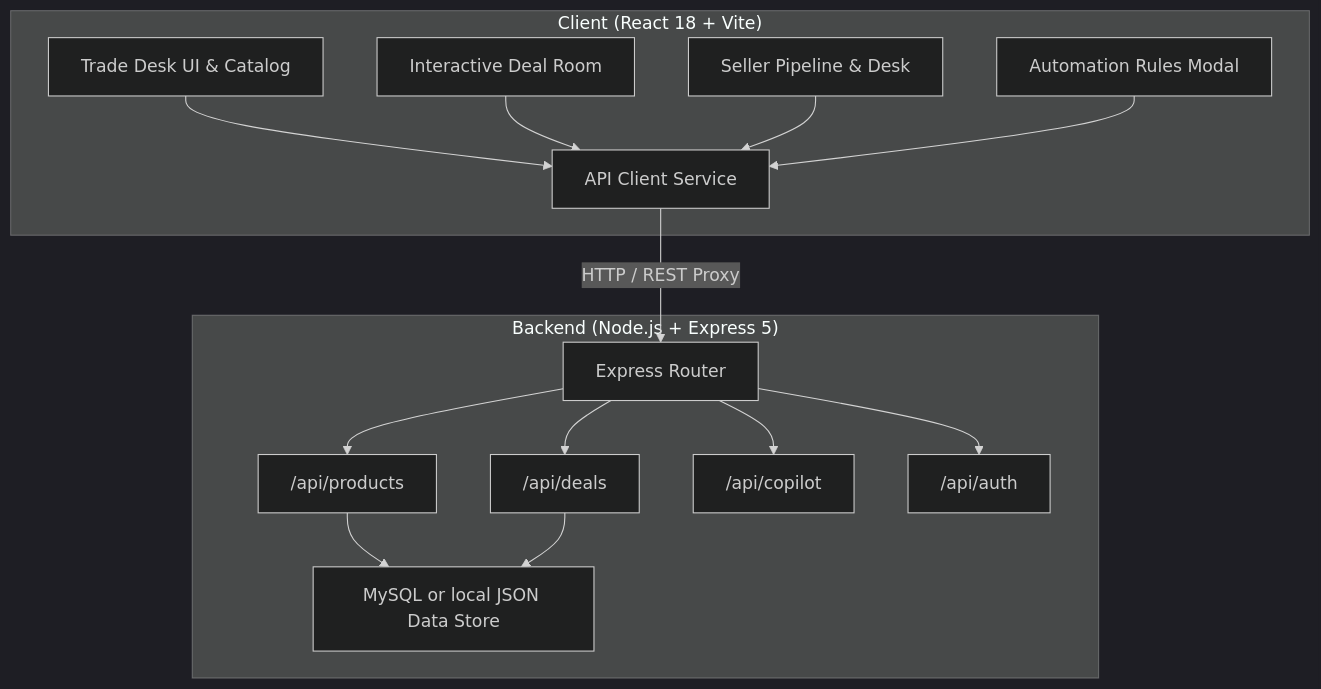
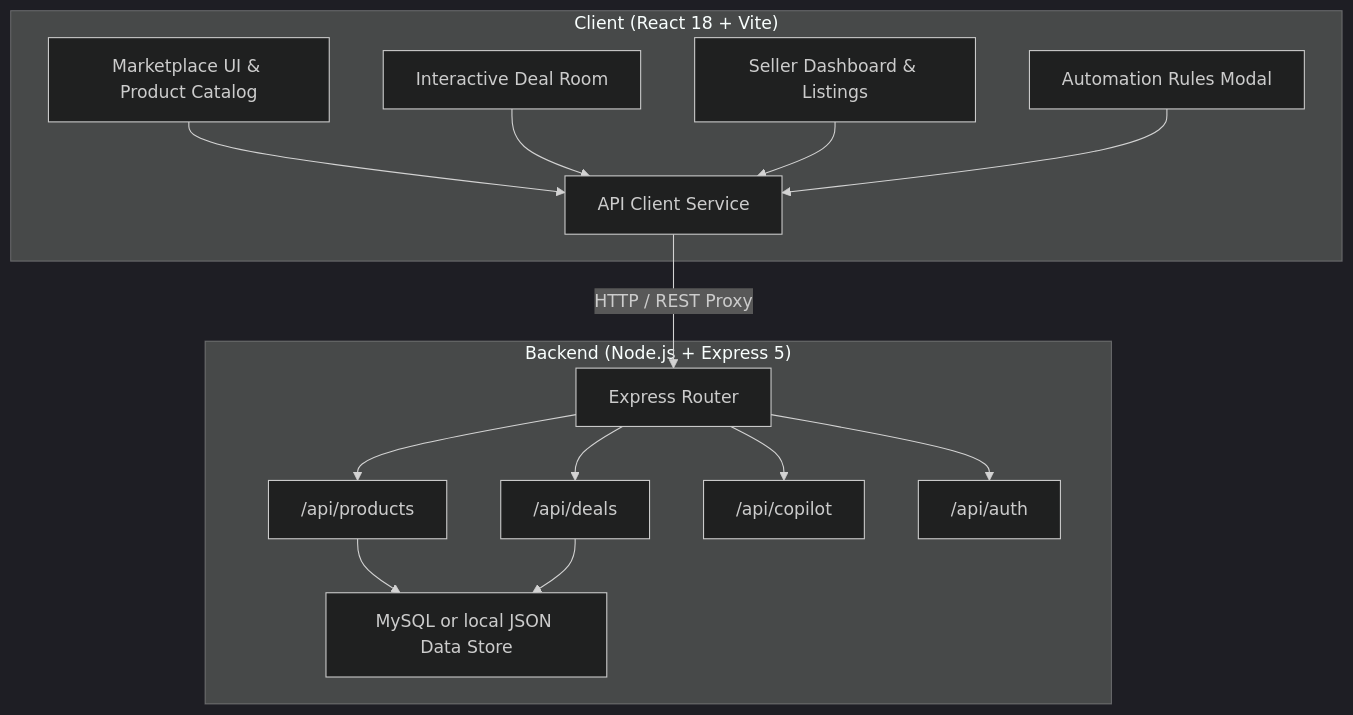
The diagram in README.md (Abhi13shek/SellX), drawn with Mermaid (dark theme) before and after one commit. The commit also changed other lines of this file, not shown here.

Commit message:
docs: update README for C2C marketplace

````diff
--- a/README.md
+++ b/README.md
@@ -46,33 +46,33 @@
 ```mermaid
 graph TD
     subgraph Client ["Client (React 18 + Vite)"]
-        UI[Trade Desk UI & Catalog]
+        UI[Marketplace UI & Product Catalog]
         DR[Interactive Deal Room]
-        SD[Seller Pipeline & Desk]
+        SD[Seller Dashboard & Listings]
         AR[Automation Rules Modal]
         API_CLIENT[API Client Service]
     end
 
     subgraph Backend ["Backend (Node.js + Express 5)"]
         ROUTER[Express Router]
         PROD_API["/api/products"]
         DEAL_API["/api/deals"]
         COPILOT_API["/api/copilot"]
         AUTH_API["/api/auth"]
         STORAGE[MySQL or local JSON Data Store]
     end
 
     UI --> API_CLIENT
     DR --> API_CLIENT
     SD --> API_CLIENT
     AR --> API_CLIENT
 
     API_CLIENT -->|HTTP / REST Proxy| ROUTER
     ROUTER --> PROD_API
     ROUTER --> DEAL_API
     ROUTER --> COPILOT_API
     ROUTER --> AUTH_API
 
     PROD_API --> STORAGE
     DEAL_API --> STORAGE
 ```
````
